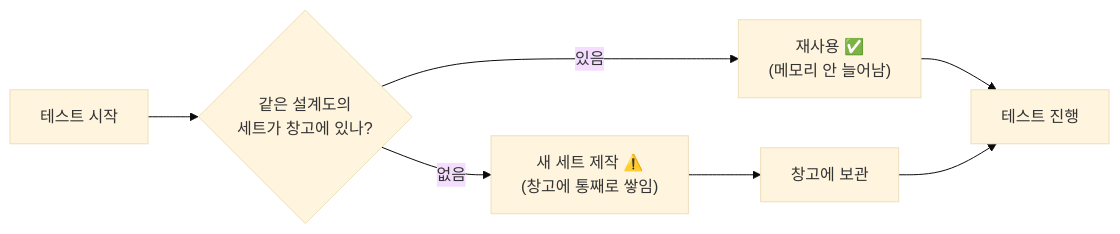
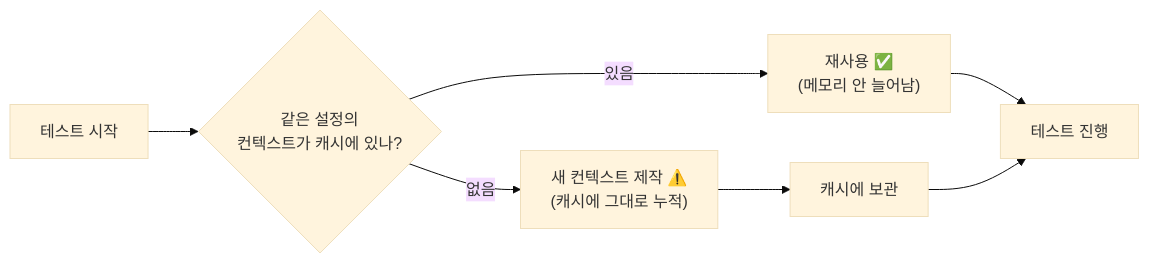
Before and after one commit to johnycho/johny-dev: the first of 6 diagrams in blog/2026-08-03-spring-datajpatest-context-oom.mdx, drawn with Mermaid (base theme). The commit also changed other lines of this file and 47 other files, not shown here.

````diff
--- a/blog/2026-08-03-spring-datajpatest-context-oom.mdx
+++ b/blog/2026-08-03-spring-datajpatest-context-oom.mdx
@@ -40,9 +38,9 @@
 ```mermaid
 flowchart LR
-    A[테스트 시작] --> B{같은 설계도의<br/>세트가 창고에 있나?}
+    A[테스트 시작] --> B{같은 설정의<br/>컨텍스트가 캐시에 있나?}
     B -- 있음 --> C["재사용 ✅<br/>(메모리 안 늘어남)"]
-    B -- 없음 --> D["새 세트 제작 ⚠️<br/>(창고에 통째로 쌓임)"]
-    D --> E[창고에 보관]
+    B -- 없음 --> D["새 컨텍스트 제작 ⚠️<br/>(캐시에 그대로 누적)"]
+    D --> E[캐시에 보관]
     C --> F[테스트 진행]
     E --> F
 ```
````
